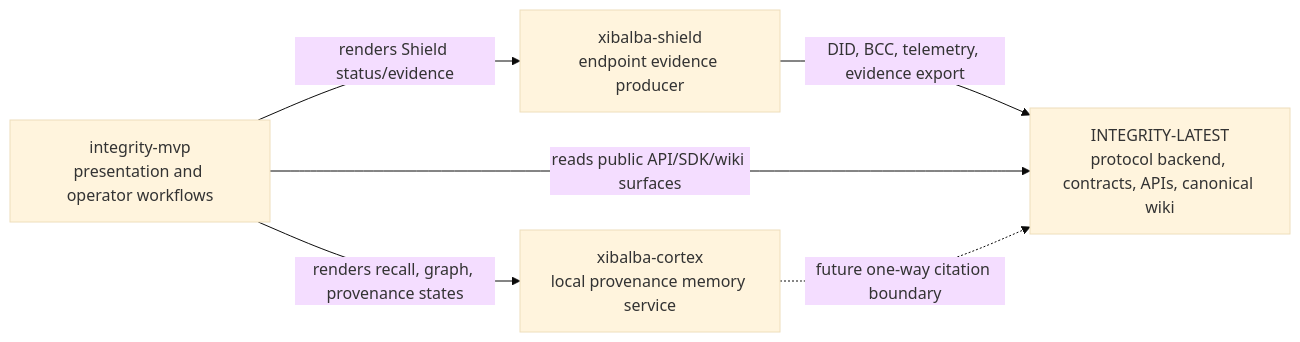
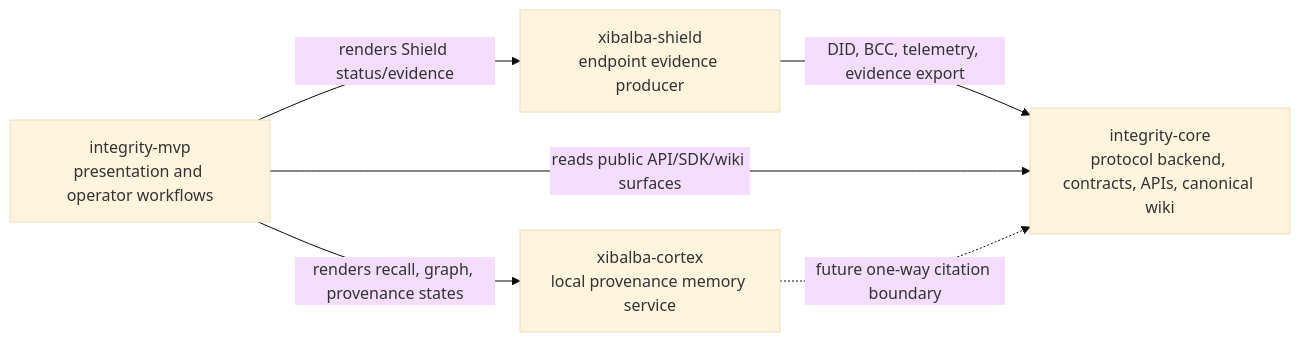
Before and after one commit to XibalbaTechSol/integrity-core: the diagram in docs/wiki/architecture/repository-implementation-plans.md, drawn with Mermaid (base theme). The commit also changed other lines of this file and 36 other files, not shown here.

First line of the commit message:
Rename project: INTEGRITY-LATEST -> integrity-core

````diff
--- a/docs/wiki/architecture/repository-implementation-plans.md
+++ b/docs/wiki/architecture/repository-implementation-plans.md
@@ -43,13 +43,13 @@
 ```mermaid
 flowchart LR
-    Latest["INTEGRITY-LATEST<br/>protocol backend, contracts, APIs, canonical wiki"]
+    Latest["integrity-core<br/>protocol backend, contracts, APIs, canonical wiki"]
     Shield["xibalba-shield<br/>endpoint evidence producer"]
     Graph["xibalba-cortex<br/>local provenance memory service"]
     MVP["integrity-mvp<br/>presentation and operator workflows"]
 
     Shield -->|DID, BCC, telemetry, evidence export| Latest
     MVP -->|reads public API/SDK/wiki surfaces| Latest
     MVP -->|renders Shield status/evidence| Shield
     MVP -->|renders recall, graph, provenance states| Graph
     Graph -.->|future one-way citation boundary| Latest
 ```
````
